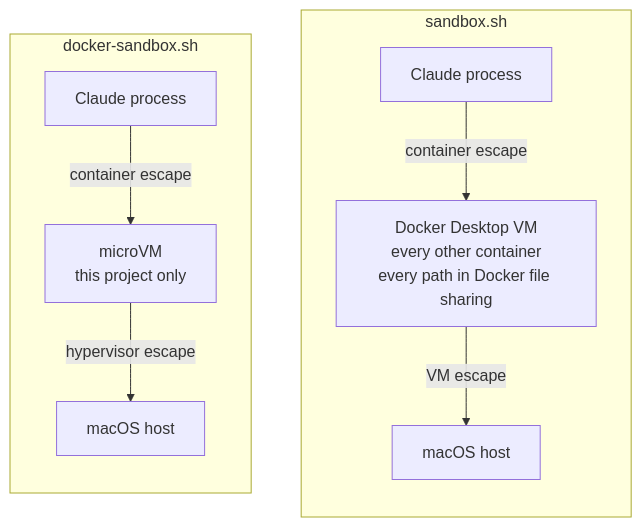
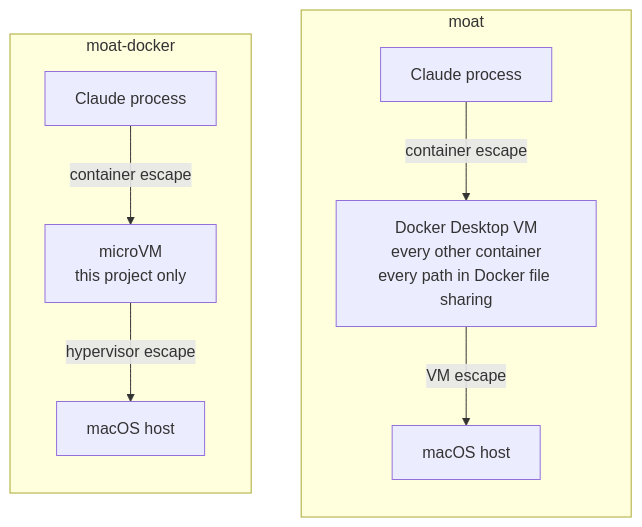
Before and after one commit to marhaasa/eredo: the third of 7 diagrams in ARCHITECTURE.md, drawn with Mermaid. The commit also changed other lines of this file and 14 other files, not shown here.

````diff
--- a/ARCHITECTURE.md
+++ b/ARCHITECTURE.md
@@ -82,13 +82,13 @@
 ```mermaid
 flowchart TB
-  subgraph A["sandbox.sh"]
+  subgraph A["moat"]
     direction TB
     a1["Claude process"] -->|"container escape"| a2["Docker Desktop VM<br/>every other container<br/>every path in Docker file sharing"]
     a2 -->|"VM escape"| a3["macOS host"]
   end
-  subgraph B["docker-sandbox.sh"]
+  subgraph B["moat-docker"]
     direction TB
     b1["Claude process"] -->|"container escape"| b2["microVM<br/>this project only"]
     b2 -->|"hypervisor escape"| b3["macOS host"]
   end
 ```
````
